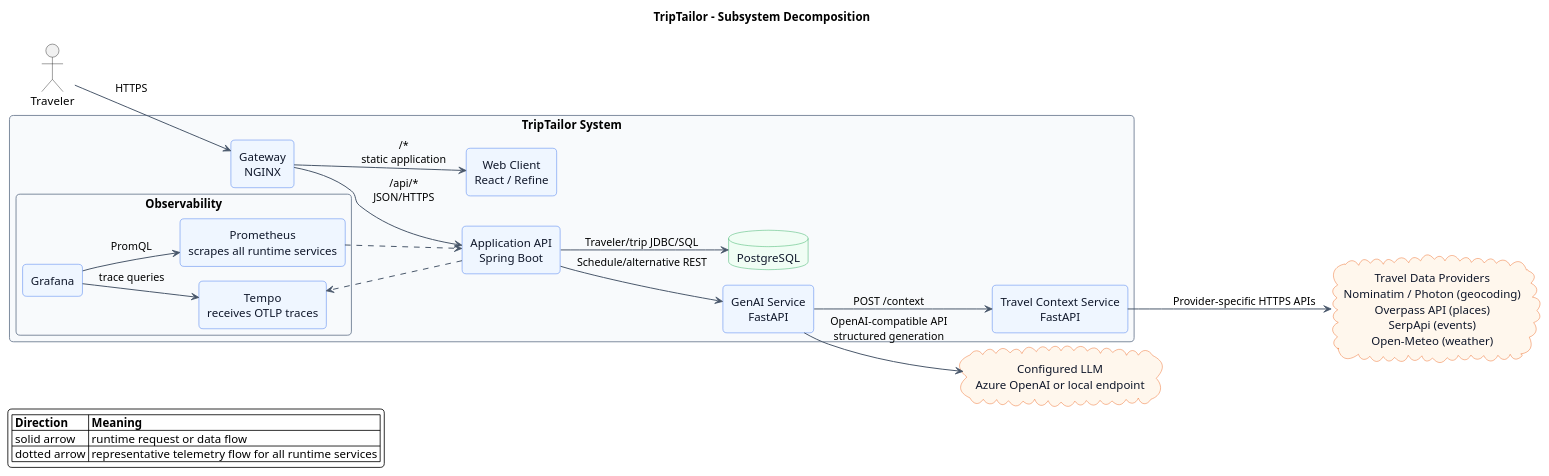
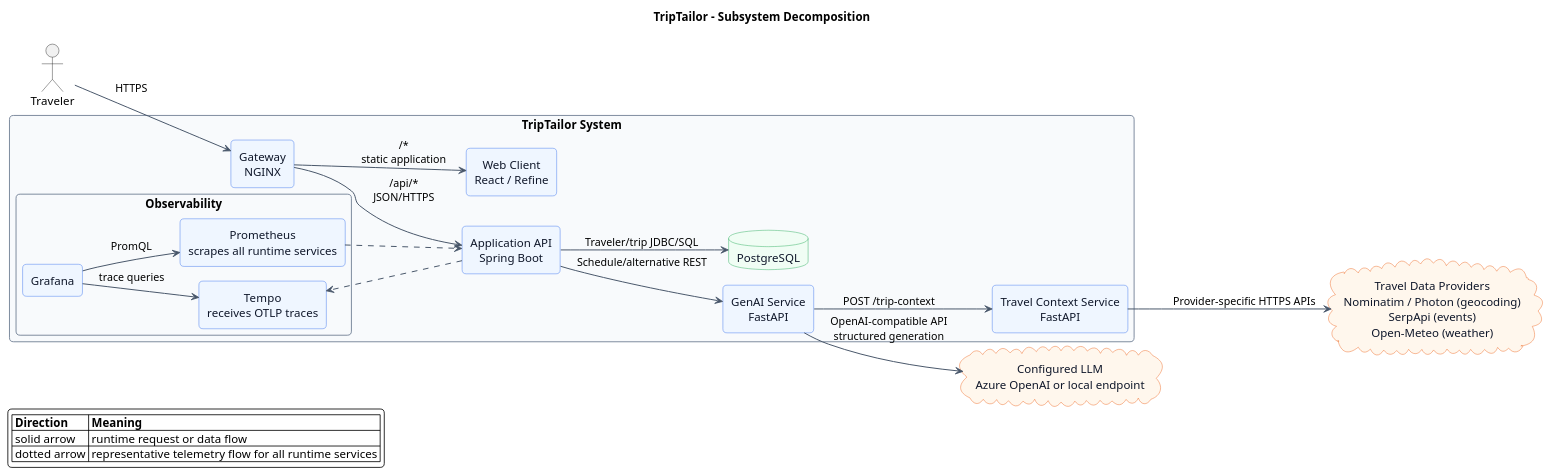
Before and after one commit to AET-DevOps26/team-continuous-vacation: the diagram in diagrams/subsystem-decomposition.puml, drawn with PlantUML. The commit also changed 70 other files, not shown here.

First line of the commit message:
Chore/clean up genai and travel context (#53)

```diff
--- a/diagrams/subsystem-decomposition.puml
+++ b/diagrams/subsystem-decomposition.puml
@@ -1,73 +1,73 @@
 @startuml subsystem-decomposition
 !pragma layout smetana
 title TripTailor - Subsystem Decomposition
 
 left to right direction
 skinparam backgroundColor #FFFFFF
 skinparam shadowing false
 skinparam roundCorner 10
 skinparam componentStyle rectangle
 skinparam defaultFontName Arial
 skinparam defaultTextAlignment center
 skinparam ArrowColor #475569
 skinparam ArrowThickness 1.2
 skinparam packageBorderColor #64748B
 skinparam packageBackgroundColor #F8FAFC
 skinparam component {
   BackgroundColor #EFF6FF
   BorderColor #2563EB
   FontColor #0F172A
 }
 skinparam database {
   BackgroundColor #F0FDF4
   BorderColor #16A34A
   FontColor #0F172A
 }
 skinparam cloud {
   BackgroundColor #FFF7ED
   BorderColor #EA580C
   FontColor #0F172A
 }
 
 actor Traveler
 
 rectangle "TripTailor System" {
   component "Gateway\nNGINX" as Gateway
   component "Web Client\nReact / Refine" as Frontend
   component "Application API\nSpring Boot" as Backend
   component "GenAI Service\nFastAPI" as GenAI
   component "Travel Context Service\nFastAPI" as Context
   database "PostgreSQL" as Database
 
   rectangle "Observability" {
     component "Prometheus\nscrapes all runtime services" as Prometheus
     component "Grafana" as Grafana
     component "Tempo\nreceives OTLP traces" as Tempo
   }
 }
 
 cloud "Configured LLM\nAzure OpenAI or local endpoint" as LLM
-cloud "Travel Data Providers\nNominatim / Photon (geocoding)\nOverpass API (places)\nSerpApi (events)\nOpen-Meteo (weather)" as Providers
+cloud "Travel Data Providers\nNominatim / Photon (geocoding)\nSerpApi (events)\nOpen-Meteo (weather)" as Providers
 
 Traveler --> Gateway : HTTPS
 Gateway --> Frontend : /*\nstatic application
 Gateway --> Backend : /api/*\nJSON/HTTPS
 
 Backend --> GenAI : Schedule/alternative REST
 Backend --> Database : Traveler/trip JDBC/SQL
 GenAI --> LLM : OpenAI-compatible API\nstructured generation
-GenAI --> Context : POST /context
+GenAI --> Context : POST /trip-context
 Context --> Providers : Provider-specific HTTPS APIs
 
 Prometheus ..> Backend
 Grafana --> Prometheus : PromQL
 Backend ..> Tempo
 Grafana --> Tempo : trace queries
 
 legend left
   |= Direction |= Meaning |
   | solid arrow | runtime request or data flow |
   | dotted arrow | representative telemetry flow for all runtime services |
 endlegend
 
 @enduml
```
